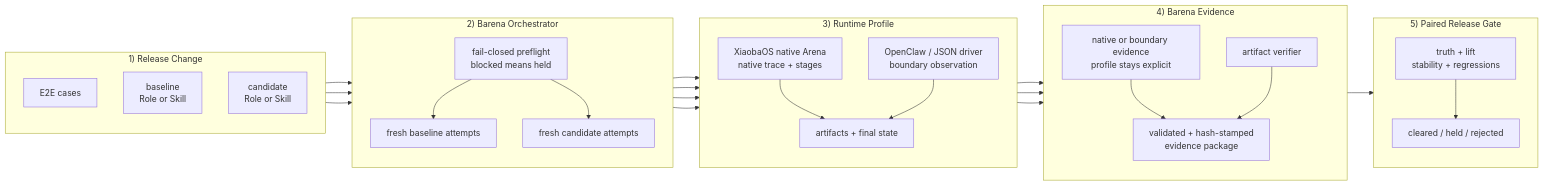
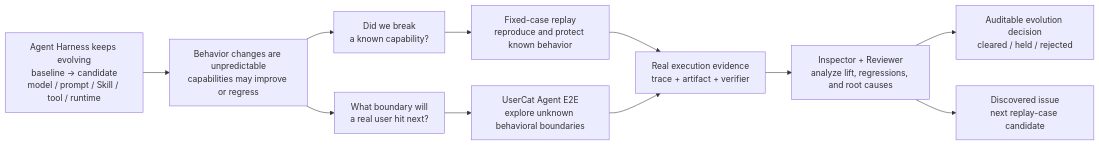
The diagram in README.md (fightheyyy/barena), drawn with Mermaid before and after one commit. The commit also changed other lines of this file, not shown here.

Commit message:
Replace README with product evaluation DAG

````diff
--- a/README.md
+++ b/README.md
@@ -57,55 +57,34 @@
 ```mermaid
 flowchart LR
-    subgraph Input["1) Release Change"]
-        direction TB
-        Cases["E2E cases"]
-        Baseline["baseline<br/>Role or Skill"]
-        Candidate["candidate<br/>Role or Skill"]
-    end
+    Change["Agent Harness keeps evolving<br/>baseline → candidate<br/>model / prompt / Skill / tool / runtime"]
 
-    subgraph Orchestrator["2) Barena Orchestrator"]
-        direction TB
-        Preflight["fail-closed preflight<br/>blocked means held"]
-        BaseRuns["fresh baseline attempts"]
-        CandidateRuns["fresh candidate attempts"]
-        Preflight --> BaseRuns
-        Preflight --> CandidateRuns
-    end
+    Risk["Behavior changes are unpredictable<br/>capabilities may improve or regress"]
 
-    subgraph Runtime["3) Runtime Profile"]
-        direction TB
-        Native["XiaobaOS native Arena<br/>native trace + stages"]
-        Portable["OpenClaw / JSON driver<br/>boundary observation"]
-        Artifacts["artifacts + final state"]
-        Native --> Artifacts
-        Portable --> Artifacts
-    end
+    Known["Did we break<br/>a known capability?"]
+    Unknown["What boundary will<br/>a real user hit next?"]
 
-    subgraph Evidence["4) Barena Evidence"]
-        direction TB
-        RuntimeEvidence["native or boundary evidence<br/>profile stays explicit"]
-        Verifier["artifact verifier"]
-        Package["validated + hash-stamped<br/>evidence package"]
-        RuntimeEvidence --> Package
-        Verifier --> Package
-    end
+    Replay["Fixed-case replay<br/>reproduce and protect known behavior"]
+    E2E["UserCat Agent E2E<br/>explore unknown behavioral boundaries"]
 
-    subgraph Gate["5) Paired Release Gate"]
-        direction TB
-        Aggregate["truth + lift<br/>stability + regressions"]
-        Decision["cleared / held / rejected"]
-        Aggregate --> Decision
-    end
+    Evidence["Real execution evidence<br/>trace + artifact + verifier"]
 
-    Cases --> Preflight
-    Baseline --> BaseRuns
-    Candidate --> CandidateRuns
-    BaseRuns --> Native
-    CandidateRuns --> Native
-    BaseRuns --> Portable
-    CandidateRuns --> Portable
-    Native --> RuntimeEvidence
-    Portable --> RuntimeEvidence
-    Artifacts --> Verifier
-    Package --> Aggregate
+    Review["Inspector + Reviewer<br/>analyze lift, regressions, and root causes"]
+
+    Decision["Auditable evolution decision<br/>cleared / held / rejected"]
+
+    NewCase["Discovered issue<br/>next replay-case candidate"]
+
+    Change --> Risk
+    Risk --> Known
+    Risk --> Unknown
+
+    Known --> Replay
+    Unknown --> E2E
+
+    Replay --> Evidence
+    E2E --> Evidence
+
+    Evidence --> Review
+    Review --> Decision
+    Review --> NewCase
 ```
````
